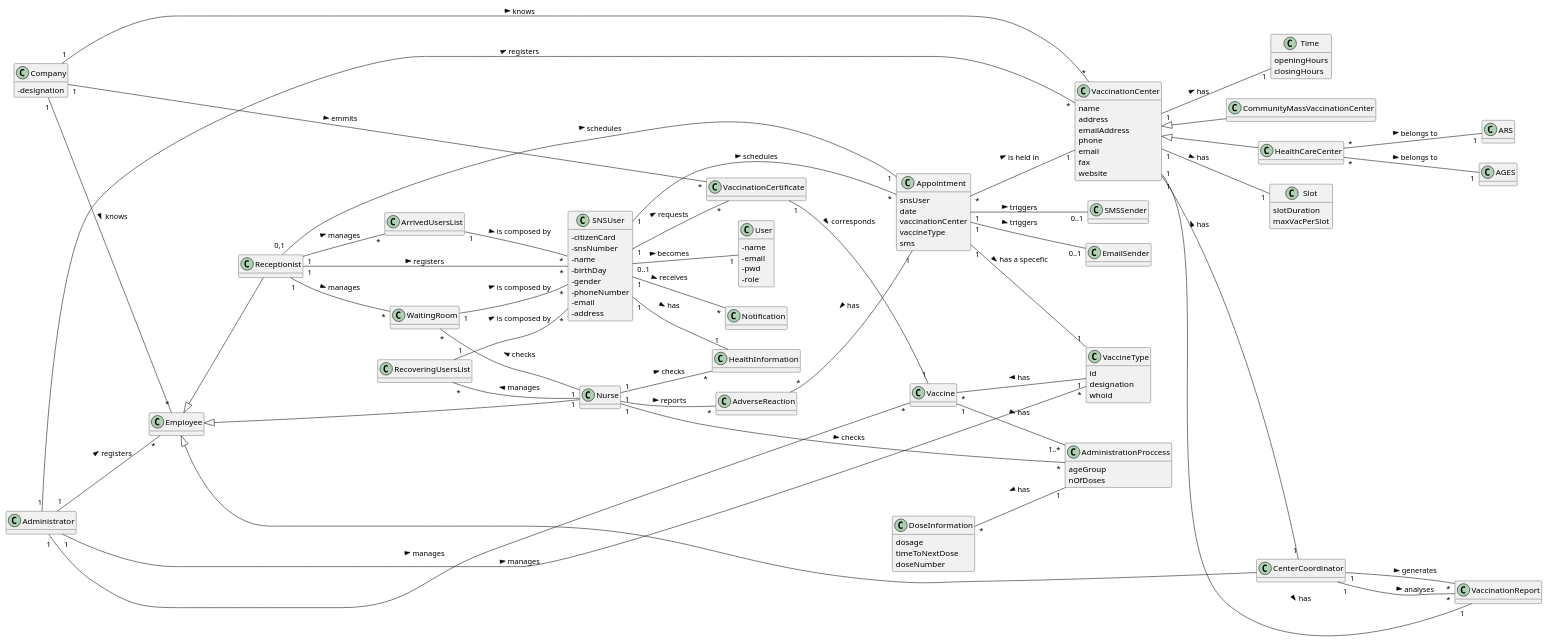
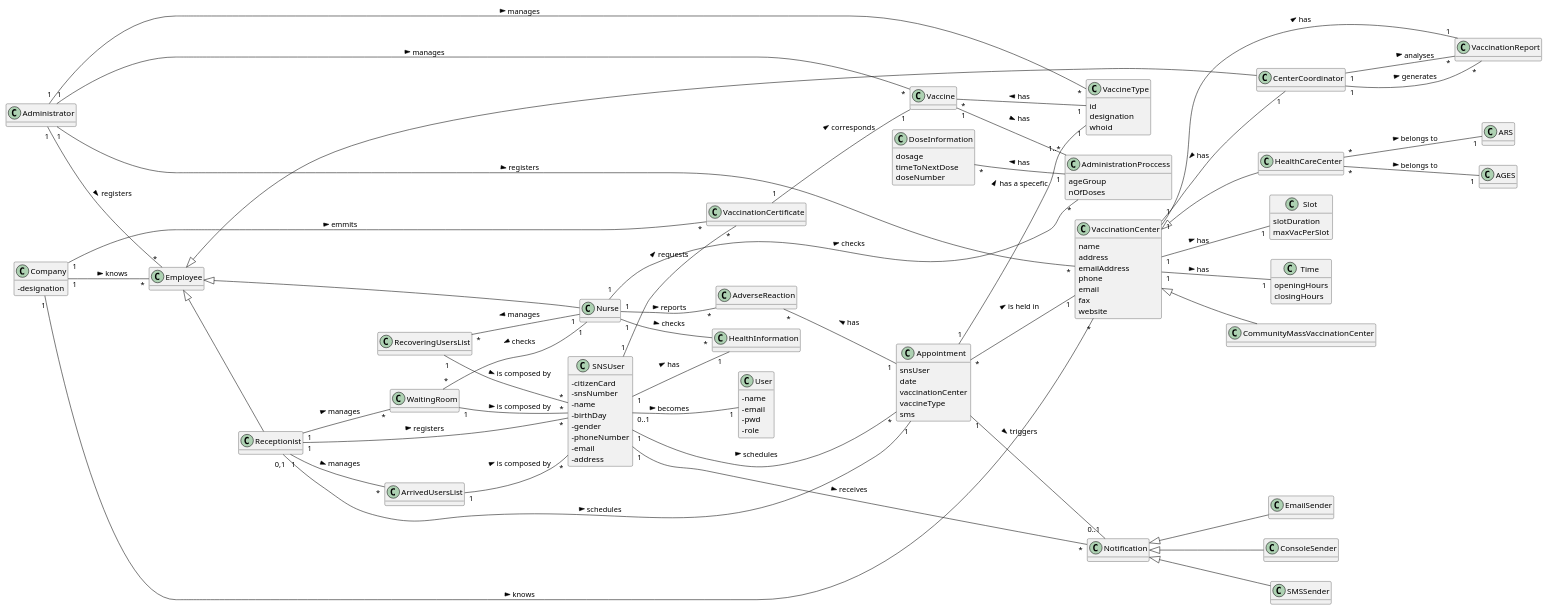
Before and after one commit to miseEnPlace-i/lapr2: the diagram in docs/SprintC/DM.puml, drawn with PlantUML.

Commit message:
fix: updated senders classes

```diff
--- a/docs/SprintC/DM.puml
+++ b/docs/SprintC/DM.puml
@@ -1,163 +1,168 @@
 @startuml DM
 
 hide methods
 left to right direction
 skinparam classAttributeIconSize 0
 
 class Company {
   - designation
 }
 
 class CommunityMassVaccinationCenter {}
 
 class HealthCareCenter {}
 
 class VaccinationCenter {
   name
   address
   emailAddress
   phone
   email
   fax
   website
 }
 
 class Vaccine {}
 
 class VaccineType {
   id
   designation
   whoid
 }
 
 class SNSUser {
   - citizenCard
   - snsNumber
   - name
   - birthDay
   - gender
   - phoneNumber
   - email
   - address
 }
 
 class User {
   - name
   - email
   - pwd
   - role
 }
 
 class HealthInformation {}
 
 class Administrator {}
 
 class Employee {}
 
 class Nurse {}
 
 class Receptionist {}
 
 class CenterCoordinator {}
 
 class Appointment {
   snsUser
   date
   vaccinationCenter
   vaccineType
   sms
 }
 
 class AdministrationProccess {
   ageGroup
   nOfDoses
 }
 
 class AGES {}
 
 class ARS {}
 
 class DoseInformation {
   dosage
   timeToNextDose
   doseNumber
 }
 
 class Slot {
   slotDuration
   maxVacPerSlot
 }
 
 class Time {
   openingHours
   closingHours
 }
 
+class Notification {}
+
 DoseInformation "*" -- "1" AdministrationProccess : has <
 
 Vaccine "*" -- "1" VaccineType : has <
 
 Employee <|-- Nurse
 Employee <|-- Receptionist
 Employee <|-- CenterCoordinator
 
 VaccinationCenter <|-- CommunityMassVaccinationCenter
 VaccinationCenter <|-- HealthCareCenter
 
 VaccinationCenter "1" -- "1" CenterCoordinator : has < 
 VaccinationCenter "1" -- "1" Slot : has >
 VaccinationCenter "1" -- "1" Time : has >
 
 HealthCareCenter "*" -- "1" AGES : belongs to > 
 HealthCareCenter "*" -- "1" ARS : belongs to > 
 
 Appointment "*" -- "1" VaccinationCenter : is held in >
 Appointment "1" -- "1" VaccineType : has a specefic >
-Appointment "1" -- "0..1" SMSSender : triggers >
-Appointment "1" -- "0..1" EmailSender : triggers >
+Appointment "1" -- "0..1" Notification : triggers >
 
 Receptionist "1" -- "*" WaitingRoom : manages >
 Receptionist "1" -- "*" ArrivedUsersList : manages >
 Receptionist "1" -- "*" SNSUser : registers >
 
 WaitingRoom "1" -- "*" SNSUser : is composed by >
 ArrivedUsersList "1" -- "*" SNSUser : is composed by > 
 RecoveringUsersList "1" -- "*" SNSUser : is composed by >
 
 WaitingRoom "*" -- "1" Nurse : checks <
 RecoveringUsersList "*" -- "1" Nurse : manages <
 
 Administrator "1" -- "*" Employee : registers >
 Administrator "1" -- "*" VaccinationCenter : registers >
 Administrator "1" -- "*" VaccineType : manages >
 Administrator "1" -- "*" Vaccine : manages > 
 
 Vaccine "1" -- "1..*" AdministrationProccess : has >
 
 SNSUser "1" -- "*" Appointment : schedules >
 SNSUser "1" -- "1" HealthInformation : has >
 SNSUser "1" -- "*" Notification : receives >
 SNSUser "1" -- "*" VaccinationCertificate : requests >
 SNSUser "0..1" -- "1" User : becomes >
 
 
 VaccinationCertificate "1" -- "1" Vaccine : corresponds >
 
 Company "1" -- "*" VaccinationCertificate : emmits >
 Company "1" -- "*" Employee : knows >
 Company "1" -- "*" VaccinationCenter : knows >
 
 Receptionist "0,1" -- "1" Appointment : schedules >
 
 Nurse "1" -- "*" AdverseReaction : reports >
 Nurse "1" -- "*" HealthInformation : checks >
 
 VaccinationCenter "1" -- "1" VaccinationReport : has >
 CenterCoordinator "1" -- "*" VaccinationReport : analyses >
 CenterCoordinator "1" -- "*" VaccinationReport : generates >
 
 Nurse "1" -- "*" AdministrationProccess : checks >
 
+Notification <|-- SMSSender
+Notification <|-- EmailSender
+Notification <|-- ConsoleSender
+
 AdverseReaction "*" -- "1" Appointment : has <
 
 @enduml
```
